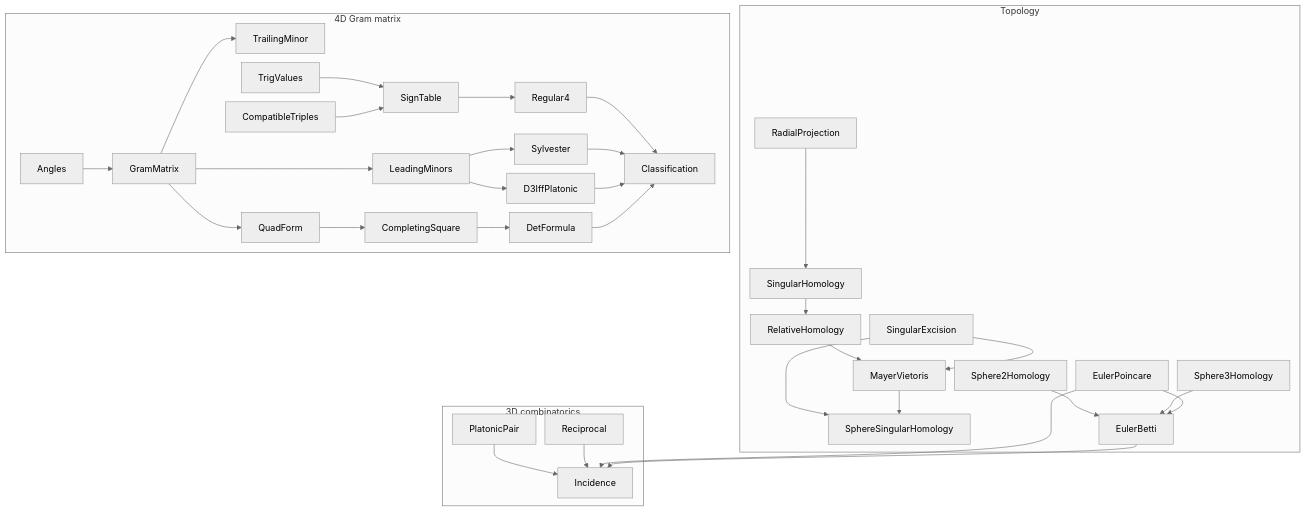
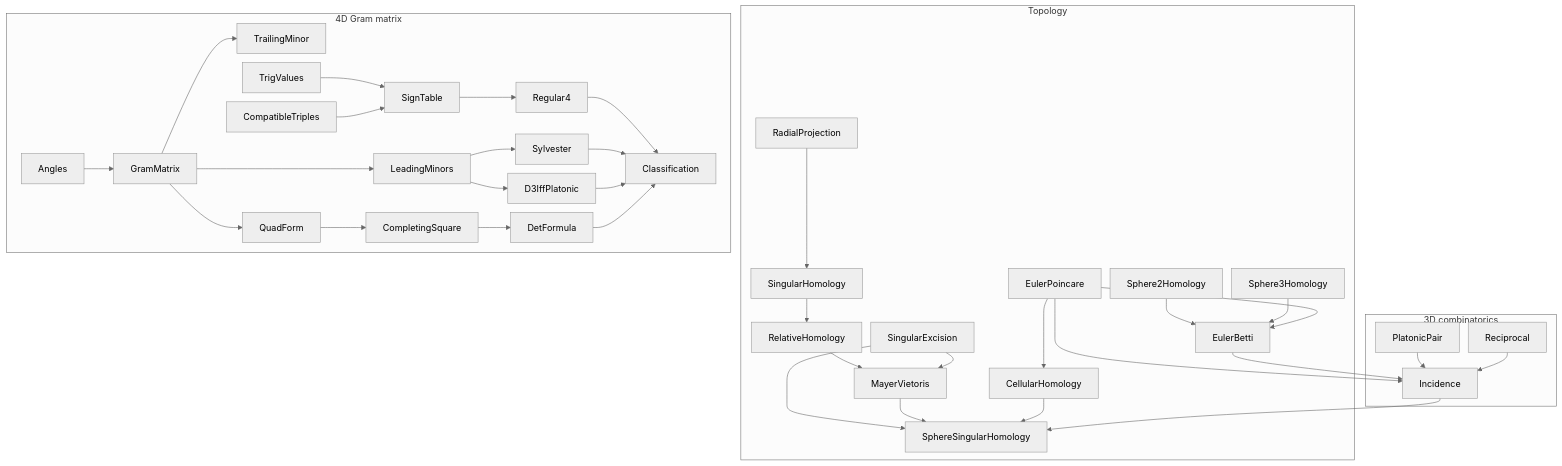
One commit to catskillsresearch/platonic-solids changed the diagram in figures/lean-modules.mmd. Above: the diagram before and after it, drawn with Mermaid. The commit also changed 16 other files, not shown here.

Commit message:
Document the cellular-to-singular homology bridge.

```diff
--- a/figures/lean-modules.mmd
+++ b/figures/lean-modules.mmd
@@ -1,63 +1,67 @@
 %%{init: {"theme": "neutral", "flowchart": {"htmlLabels": false, "nodeSpacing": 16, "rankSpacing": 28}}}%%
 flowchart TB
   subgraph Top["Topology"]
     Rad["RadialProjection"]
     SH["SingularHomology"]
     Rel["RelativeHomology"]
     MV["MayerVietoris"]
     SE["SingularExcision"]
     SSH["SphereSingularHomology"]
+    CH["CellularHomology"]
     S2["Sphere2Homology"]
     S3["Sphere3Homology"]
     EB["EulerBetti"]
     EP["EulerPoincare"]
     Rad --> SH
     SH --> Rel
     Rel --> MV
     SE --> MV
     SE --> SSH
     MV --> SSH
+    EP --> CH
+    CH --> SSH
     S2 --> EB
     S3 --> EB
     EP --> EB
   end
   subgraph Comb["3D combinatorics"]
     PP["PlatonicPair"]
     Rec["Reciprocal"]
     Inc["Incidence"]
     PP --> Inc
     Rec --> Inc
     EP --> Inc
     EB --> Inc
+    Inc --> SSH
   end
   subgraph Gram4["4D Gram matrix"]
     Ang["Angles"]
     GM["GramMatrix"]
     LM["LeadingMinors"]
     TM["TrailingMinor"]
     D3["D3IffPlatonic"]
     QF["QuadForm"]
     CS["CompletingSquare"]
     DF["DetFormula"]
     Syl["Sylvester"]
     TV["TrigValues"]
     CT["CompatibleTriples"]
     ST["SignTable"]
     R4["Regular4"]
     Cl["Classification"]
     Ang --> GM
     GM --> LM
     GM --> TM
     LM --> D3
     GM --> QF
     QF --> CS
     CS --> DF
     LM --> Syl
     TV --> ST
     CT --> ST
     ST --> R4
     R4 --> Cl
     Syl --> Cl
     D3 --> Cl
     DF --> Cl
   end
```
